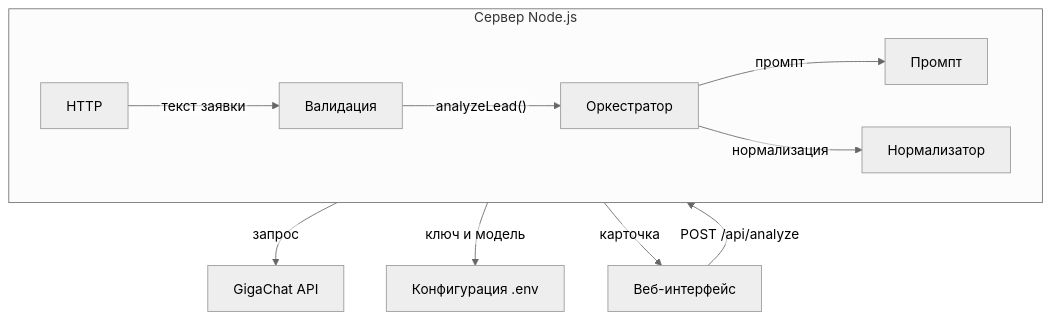
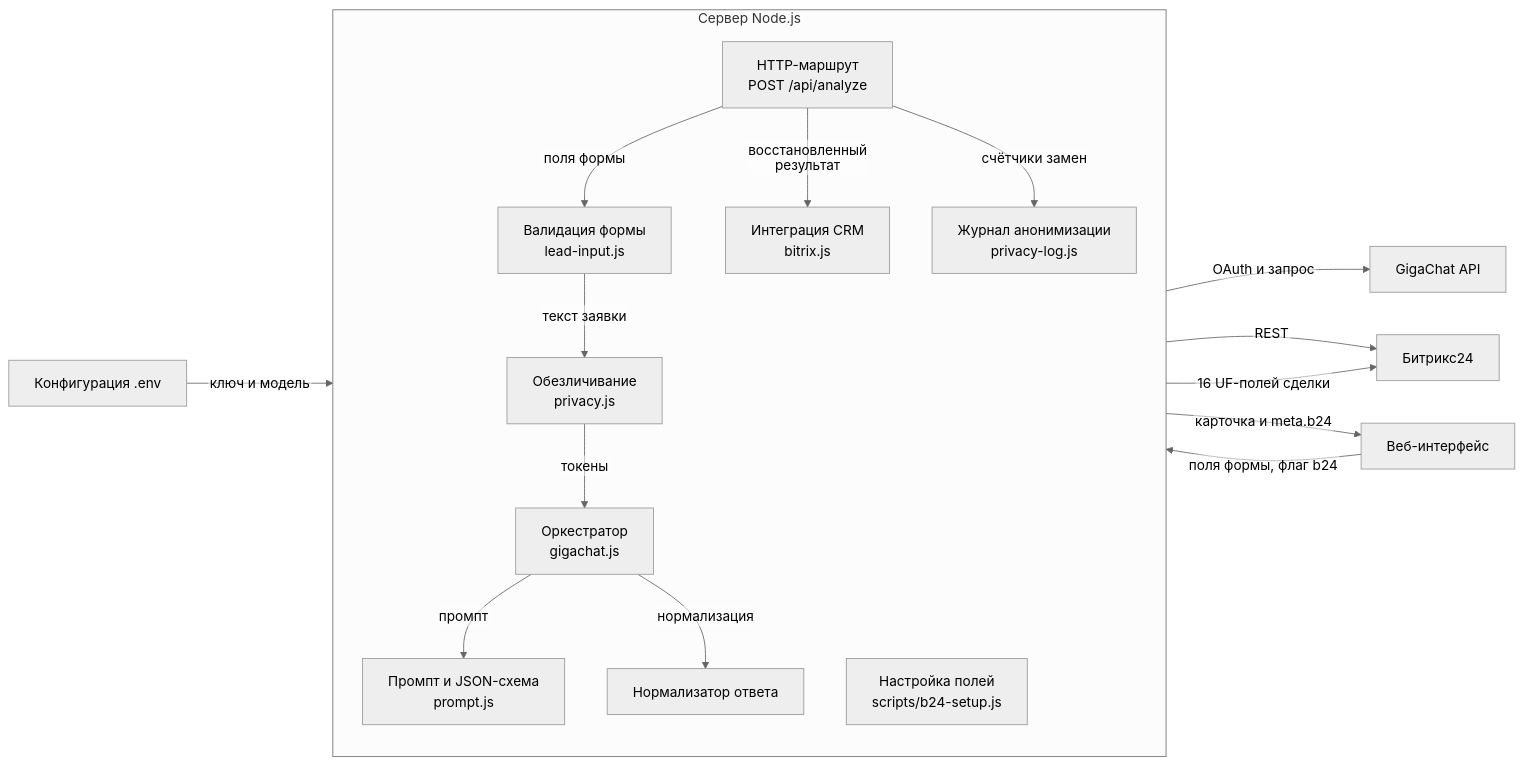
The diagram in docs/diagrams/c4-level-3-components.mmd (MatveiV/OrdersProcPersDataBtrx), drawn with Mermaid (neutral theme) before and after one commit. The commit also changed 62 other files, not shown here.

Commit message:
Add privacy, Bitrix24 integration and test documentation

```diff
--- a/docs/diagrams/c4-level-3-components.mmd
+++ b/docs/diagrams/c4-level-3-components.mmd
@@ -1,23 +1,33 @@
 %%{init: {"flowchart": {"htmlLabels": false}}}%%
-flowchart TB
+flowchart LR
     web["Веб-интерфейс"]
     config["Конфигурация .env"]
     gigachat["GigaChat API"]
+    b24["Битрикс24"]
 
     subgraph server["Сервер Node.js"]
-        direction LR
-        http["HTTP"]
-        validation["Валидация"]
-        orchestrator["Оркестратор"]
-        prompt["Промпт"]
-        normalizer["Нормализатор"]
+        direction TB
+        http["HTTP-маршрут<br/>POST /api/analyze"]
+        validation["Валидация формы<br/>lead-input.js"]
+        privacy["Обезличивание<br/>privacy.js"]
+        orchestrator["Оркестратор<br/>gigachat.js"]
+        prompt["Промпт и JSON-схема<br/>prompt.js"]
+        normalizer["Нормализатор ответа"]
+        bitrix["Интеграция CRM<br/>bitrix.js"]
+        logger["Журнал анонимизации<br/>privacy-log.js"]
+        setup["Настройка полей<br/>scripts/b24-setup.js"]
     end
 
-    web -->|"POST /api/analyze"| http
-    http -->|"текст заявки"| validation
-    validation -->|"analyzeLead()"| orchestrator
+    config -->|"ключ и модель"| orchestrator
+    web -->|"поля формы, флаг b24"| http
+    http -->|"поля формы"| validation
+    validation -->|"текст заявки"| privacy
+    privacy -->|"токены"| orchestrator
     orchestrator -->|"промпт"| prompt
-    orchestrator -->|"запрос"| gigachat
     orchestrator -->|"нормализация"| normalizer
-    orchestrator -->|"ключ и модель"| config
-    orchestrator -->|"карточка"| web
+    orchestrator -->|"OAuth и запрос"| gigachat
+    http -->|"восстановленный результат"| bitrix
+    bitrix -->|"REST"| b24
+    http -->|"счётчики замен"| logger
+    setup -->|"16 UF-полей сделки"| b24
+    http -->|"карточка и meta.b24"| web
```
